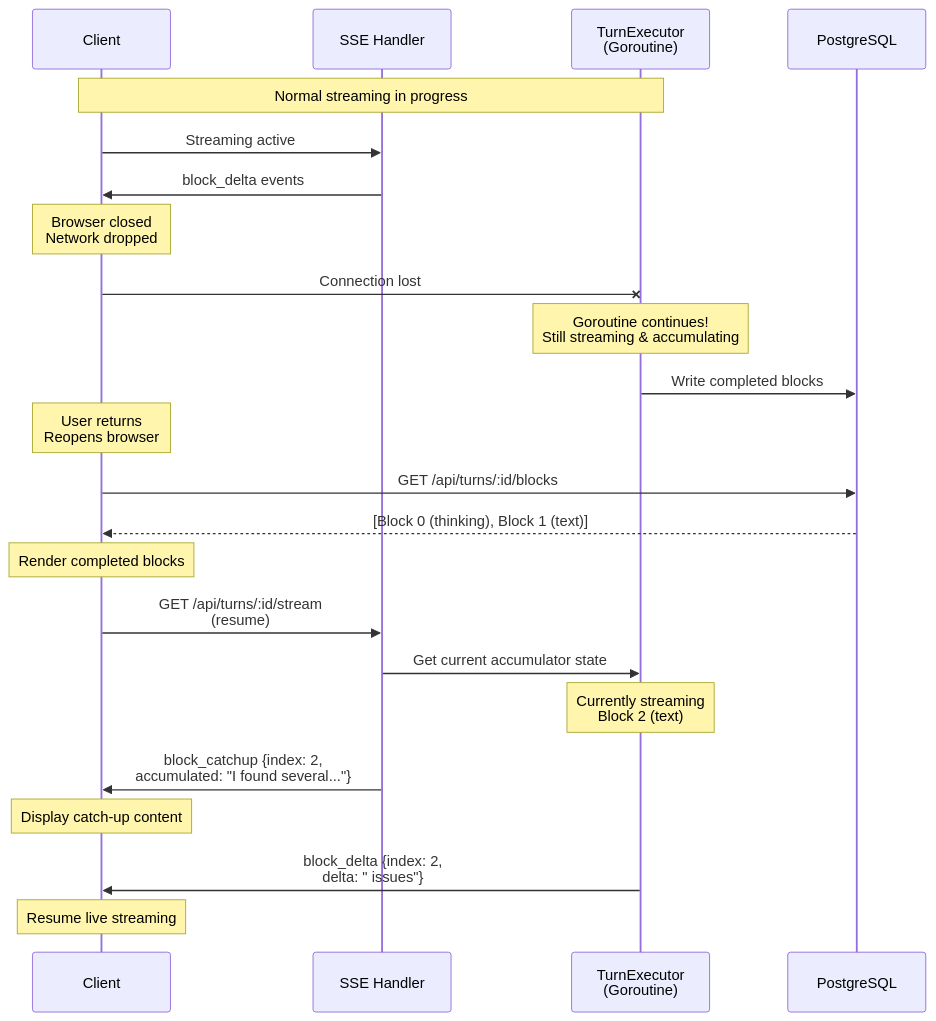
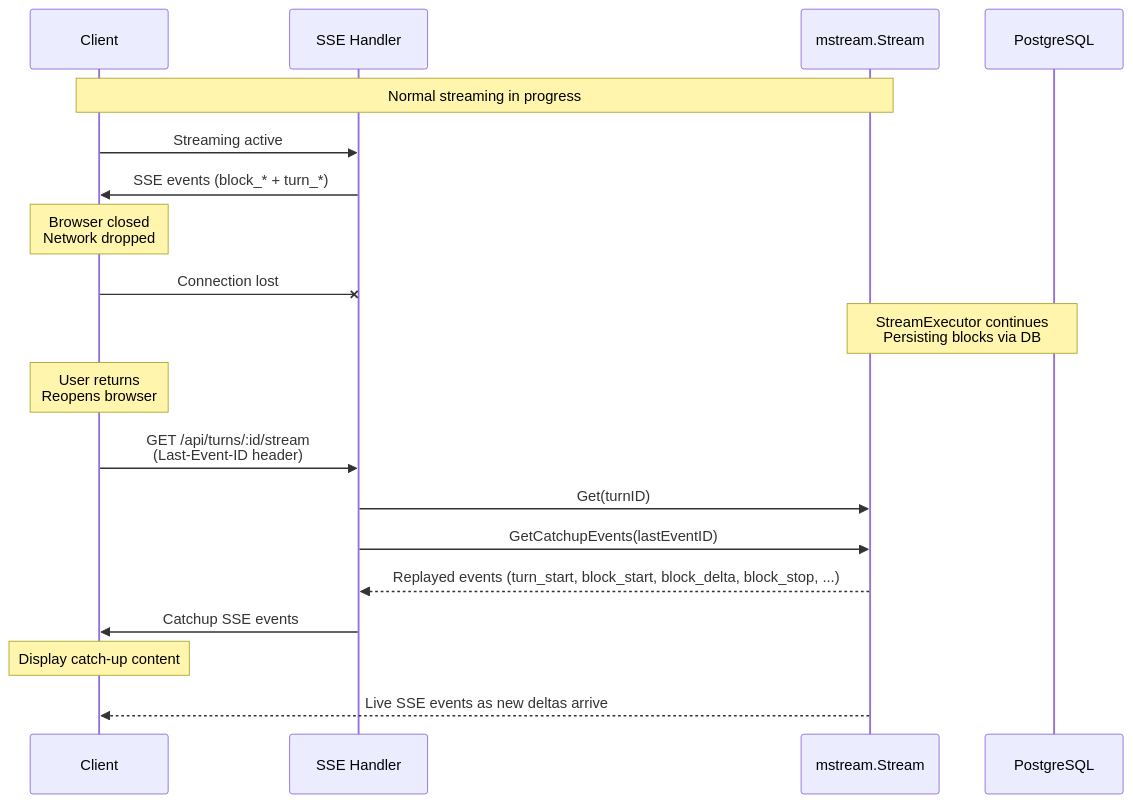
One commit to haowjy/meridian changed the second of 2 diagrams in _docs/technical/backend/architecture/streaming-architecture.md. Above: the diagram before and after it, drawn with Mermaid. The commit also changed other lines of this file and 64 other files, not shown here.

````diff
--- a/_docs/technical/backend/architecture/streaming-architecture.md
+++ b/_docs/technical/backend/architecture/streaming-architecture.md
@@ -421,41 +265,30 @@
 ```mermaid
 sequenceDiagram
     participant Client
     participant SSE as SSE Handler
-    participant Executor as TurnExecutor<br/>(Goroutine)
+    participant Stream as mstream.Stream
     participant DB as PostgreSQL
 
-    Note over Client,Executor: Normal streaming in progress
+    Note over Client,Stream: Normal streaming in progress
 
     Client->>SSE: Streaming active
-    SSE->>Client: block_delta events
+    SSE->>Client: SSE events (block_* + turn_*)
 
     Note over Client: Browser closed<br/>Network dropped
 
-    Client-XExecutor: Connection lost
+    Client-XSSE: Connection lost
 
-    Note over Executor: Goroutine continues!<br/>Still streaming & accumulating
-
-    Executor->>DB: Write completed blocks
+    Note over Stream,DB: StreamExecutor continues<br/>Persisting blocks via DB
 
     Note over Client: User returns<br/>Reopens browser
 
-    Client->>DB: GET /api/turns/:id/blocks
-    DB-->>Client: [Block 0 (thinking), Block 1 (text)]
-
-    Note over Client: Render completed blocks
-
-    Client->>SSE: GET /api/turns/:id/stream<br/>(resume)
-
-    SSE->>Executor: Get current accumulator state
-
-    Note over Executor: Currently streaming<br/>Block 2 (text)
-
-    SSE->>Client: block_catchup {index: 2,<br/>accumulated: "I found several..."}
+    Client->>SSE: GET /api/turns/:id/stream<br/>(Last-Event-ID header)
+    SSE->>Stream: Get(turnID)
+    SSE->>Stream: GetCatchupEvents(lastEventID)
+    Stream-->>SSE: Replayed events (turn_start, block_start, block_delta, block_stop, ...)
+    SSE->>Client: Catchup SSE events
 
     Note over Client: Display catch-up content
 
-    Executor->>Client: block_delta {index: 2,<br/>delta: " issues"}
-
-    Note over Client: Resume live streaming
+    Stream-->>Client: Live SSE events as new deltas arrive
 ```
````
